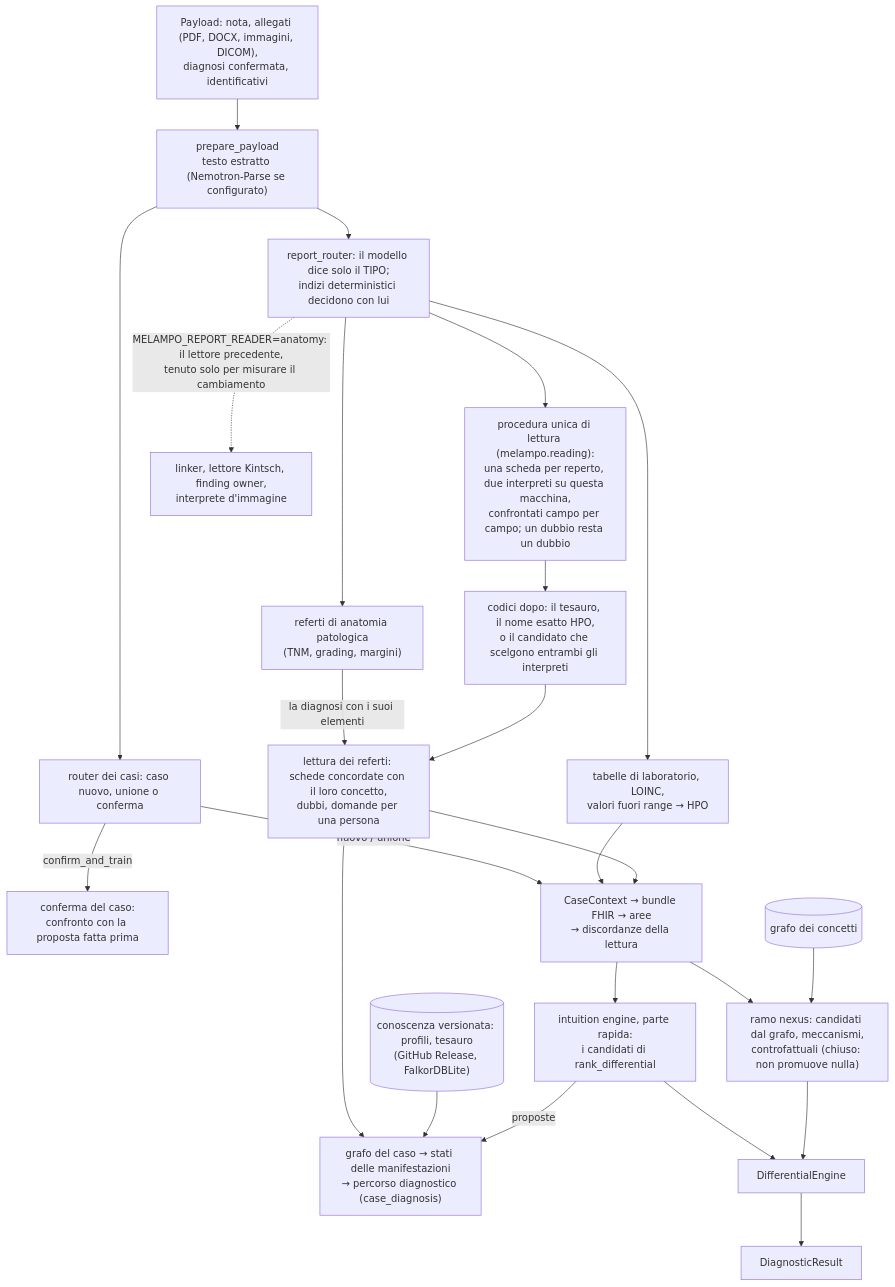
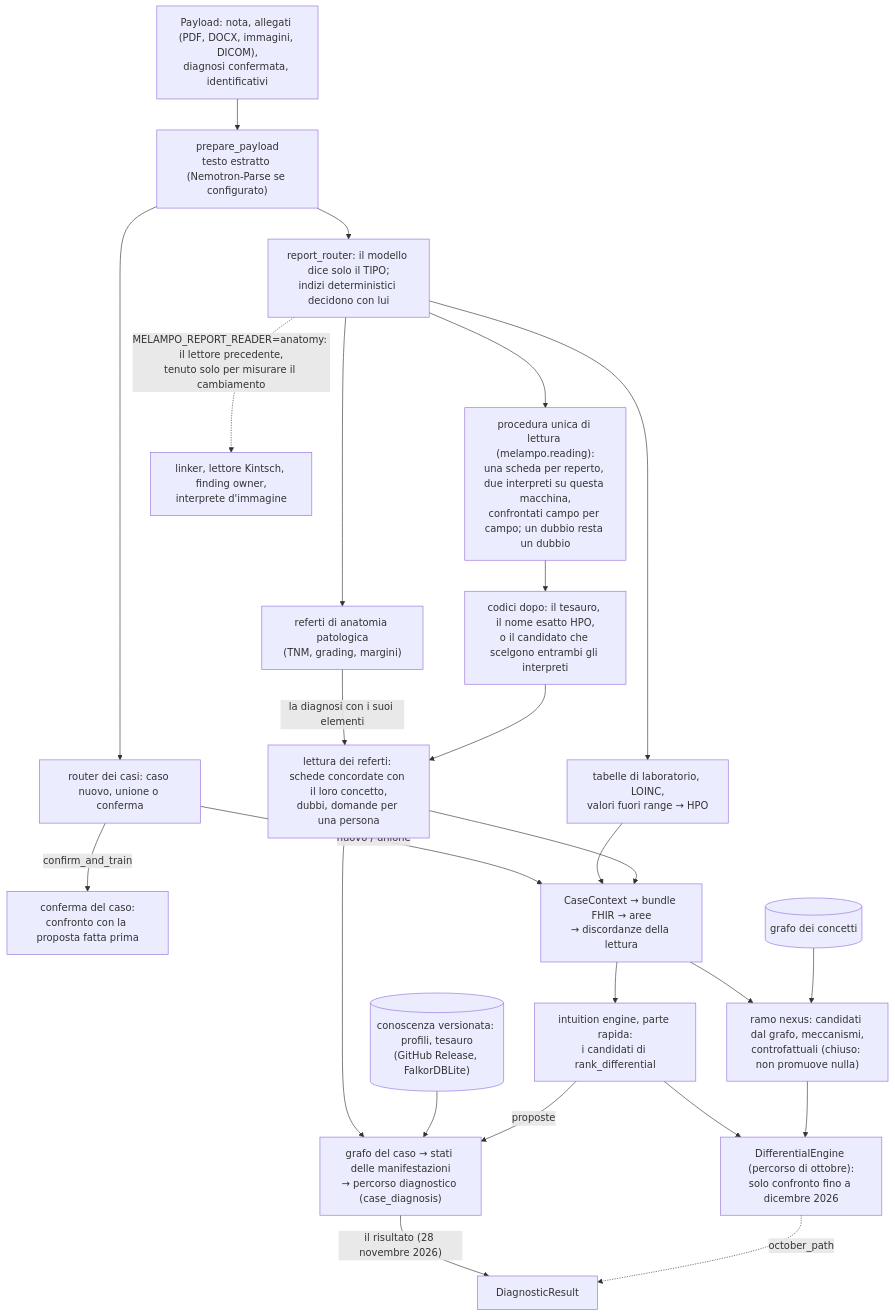
The second of 2 diagrams in docs/it/ARCHITECTURE.md (francescoluciolattari/Melampo-AI), drawn with Mermaid before and after one commit. The commit also changed other lines of this file and 13 other files, not shown here.

````diff
--- a/docs/it/ARCHITECTURE.md
+++ b/docs/it/ARCHITECTURE.md
@@ -32,25 +32,27 @@
 ```mermaid
 flowchart TD
   payload["Payload: nota, allegati (PDF, DOCX, immagini, DICOM),<br/>diagnosi confermata, identificativi"] --> prep["prepare_payload<br/>testo estratto (Nemotron-Parse se configurato)"]
   prep --> router["report_router: il modello dice solo il TIPO;<br/>indizi deterministici decidono con lui"]
   router --> lab["tabelle di laboratorio, LOINC,<br/>valori fuori range → HPO"]
   router --> path["referti di anatomia patologica<br/>(TNM, grading, margini)"]
   path -->|"la diagnosi con i suoi elementi"| rr
   router --> one["procedura unica di lettura (melampo.reading):<br/>una scheda per reperto, due interpreti su questa macchina,<br/>confrontati campo per campo; un dubbio resta un dubbio"]
   one --> codes["codici dopo: il tesauro, il nome esatto HPO,<br/>o il candidato che scelgono entrambi gli interpreti"]
   codes --> rr["lettura dei referti: schede concordate con il loro concetto,<br/>dubbi, domande per una persona"]
   rr --> cg["grafo del caso → stati delle manifestazioni<br/>→ percorso diagnostico (case_diagnosis)"]
   know[("conoscenza versionata: profili, tesauro<br/>(GitHub Release, FalkorDBLite)")] --> cg
   router -.->|"MELAMPO_REPORT_READER=anatomy: il lettore precedente,<br/>tenuto solo per misurare il cambiamento"| narr["linker, lettore Kintsch, finding owner,<br/>interprete d'immagine"]
   prep --> d1["router dei casi: caso nuovo, unione o conferma"]
   d1 -->|confirm_and_train| conf["conferma del caso:<br/>confronto con la proposta fatta prima"]
   d1 -->|nuovo / unione| ingest["CaseContext → bundle FHIR → aree<br/>→ discordanze della lettura"]
   lab --> ingest
   rr --> ingest
   ingest --> rapid["intuition engine, parte rapida:<br/>i candidati di rank_differential"]
   rapid --> diff
   rapid -->|proposte| cg
   ingest --> nexus["ramo nexus: candidati dal grafo, meccanismi,<br/>controfattuali (chiuso: non promuove nulla)"]
-  nexus --> diff["DifferentialEngine"] --> res["DiagnosticResult"]
+  nexus --> diff["DifferentialEngine (percorso di ottobre):<br/>solo confronto fino a dicembre 2026"]
+  cg -->|"il risultato (28 novembre 2026)"| res["DiagnosticResult"]
+  diff -.->|october_path| res
   graphnode[("grafo dei concetti")] --> nexus
 ```
````
